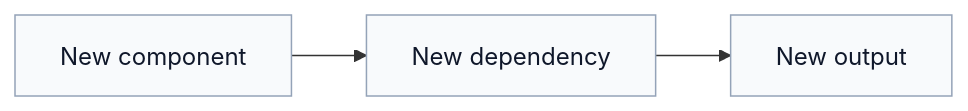
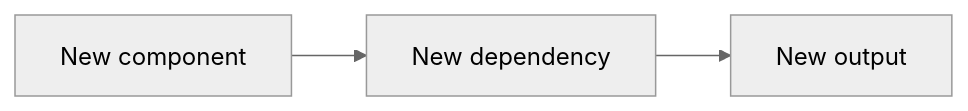
The second of 2 diagrams in skills/utils-skills/mermaid-diagrams/templates/decision_record.md (Hotusa-Data/ehc-agent-harness), drawn with Mermaid before and after one commit. The commit also changed other lines of this file and 15 other files, not shown here.

Commit message:
improve mermaid diagrams

````diff
--- a/skills/utils-skills/mermaid-diagrams/templates/decision_record.md
+++ b/skills/utils-skills/mermaid-diagrams/templates/decision_record.md
@@ -175,11 +177,13 @@
 ```mermaid
+---
+config:
+  theme: neutral
+---
 flowchart LR
     accTitle: Post-Decision Architecture
     accDescr: How the system will work after this decision is implemented
 
     new_component["New component"] --> new_dependency["New dependency"]
     new_dependency --> new_output["New output"]
 
-    classDef action fill:#f8fafc,stroke:#94a3b8,stroke-width:1px,color:#0f172a
-    class new_component,new_dependency,new_output action
 ```
````
